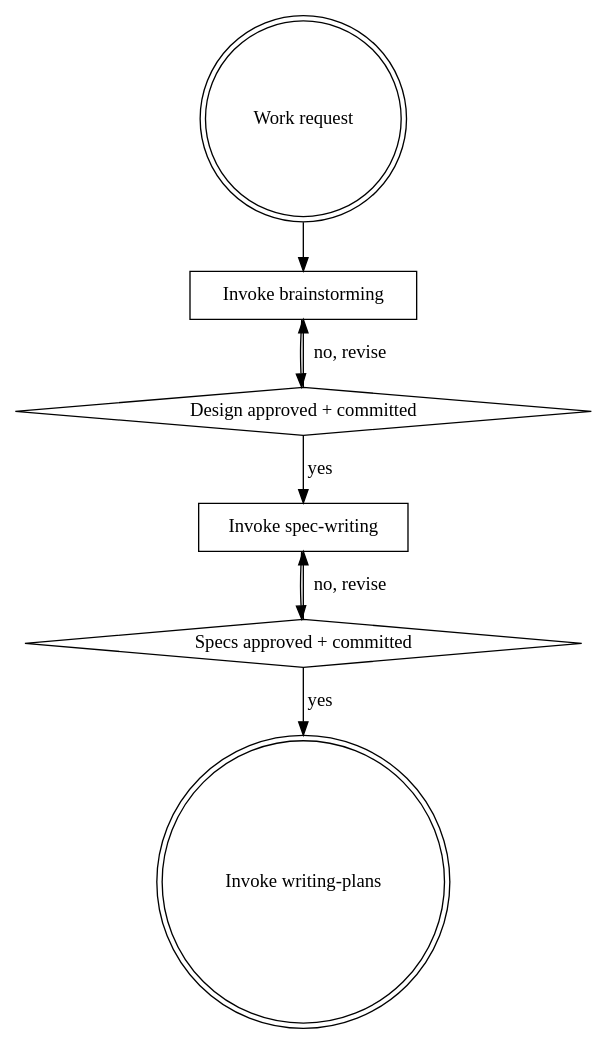
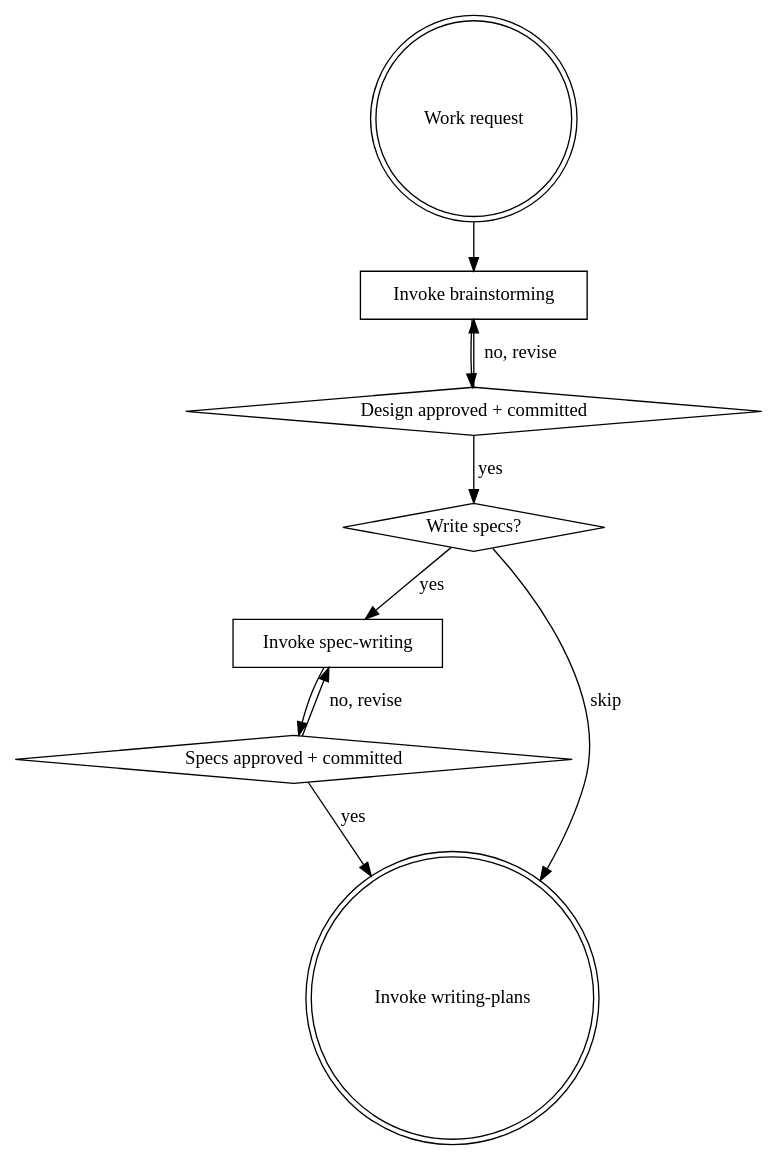
The diagram in skills/development-workflow/SKILL.md (pandaworks-software-plt/pandahrms-skills), drawn with Graphviz before and after one commit. The commit also changed other lines of this file, not shown here.

First line of the commit message:
feat(workflow): add user prompt before spec-writing step in development-workflow

````diff
--- a/skills/development-workflow/SKILL.md
+++ b/skills/development-workflow/SKILL.md
@@ -24,18 +24,21 @@
 ```dot
 digraph pipeline {
     "Work request" [shape=doublecircle];
     "Invoke brainstorming" [shape=box];
     "Design approved + committed" [shape=diamond];
+    "Write specs?" [shape=diamond];
     "Invoke spec-writing" [shape=box];
     "Specs approved + committed" [shape=diamond];
     "Invoke writing-plans" [shape=doublecircle];
 
     "Work request" -> "Invoke brainstorming";
     "Invoke brainstorming" -> "Design approved + committed";
     "Design approved + committed" -> "Invoke brainstorming" [label="no, revise"];
-    "Design approved + committed" -> "Invoke spec-writing" [label="yes"];
+    "Design approved + committed" -> "Write specs?" [label="yes"];
+    "Write specs?" -> "Invoke spec-writing" [label="yes"];
+    "Write specs?" -> "Invoke writing-plans" [label="skip"];
     "Invoke spec-writing" -> "Specs approved + committed";
     "Specs approved + committed" -> "Invoke spec-writing" [label="no, revise"];
     "Specs approved + committed" -> "Invoke writing-plans" [label="yes"];
 }
 ```
````
